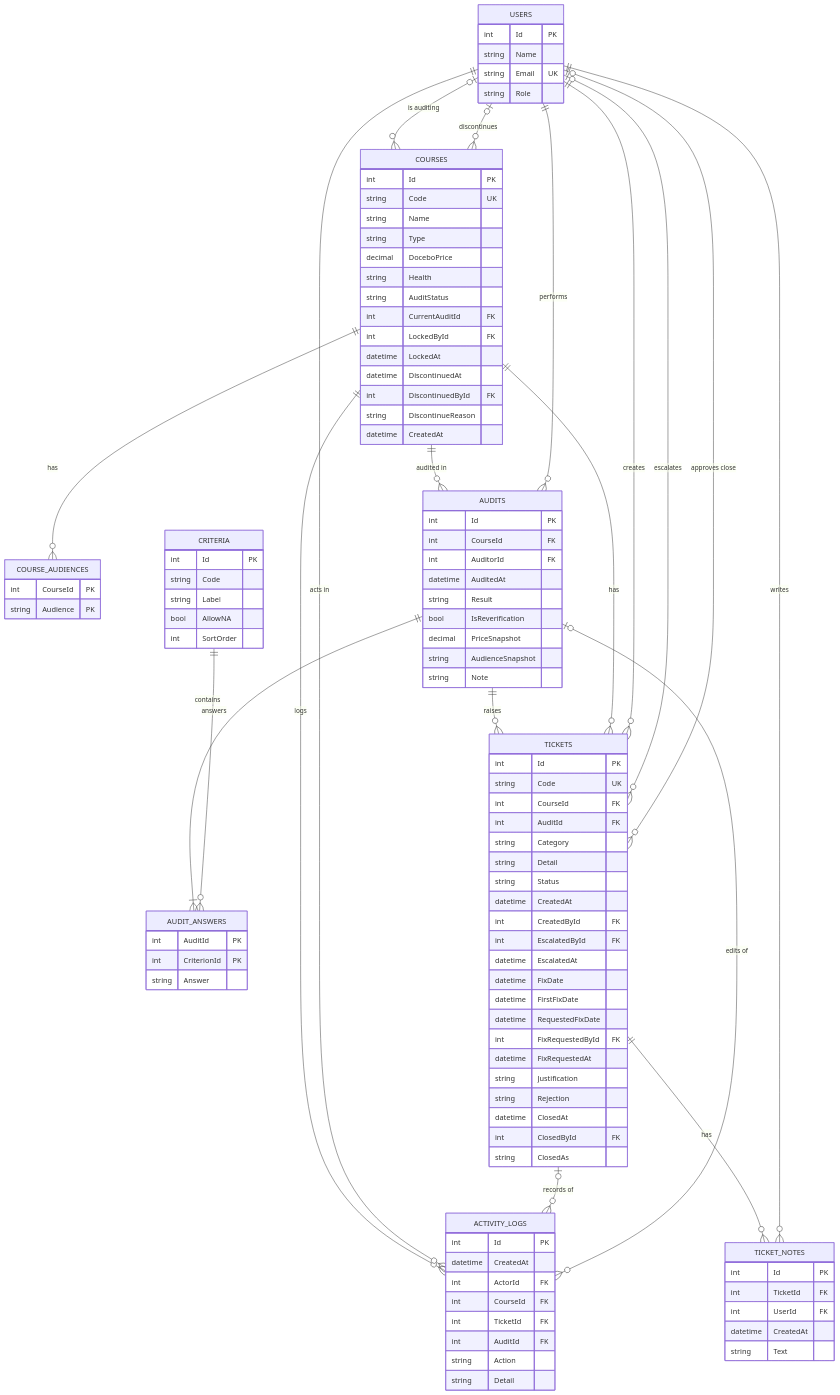
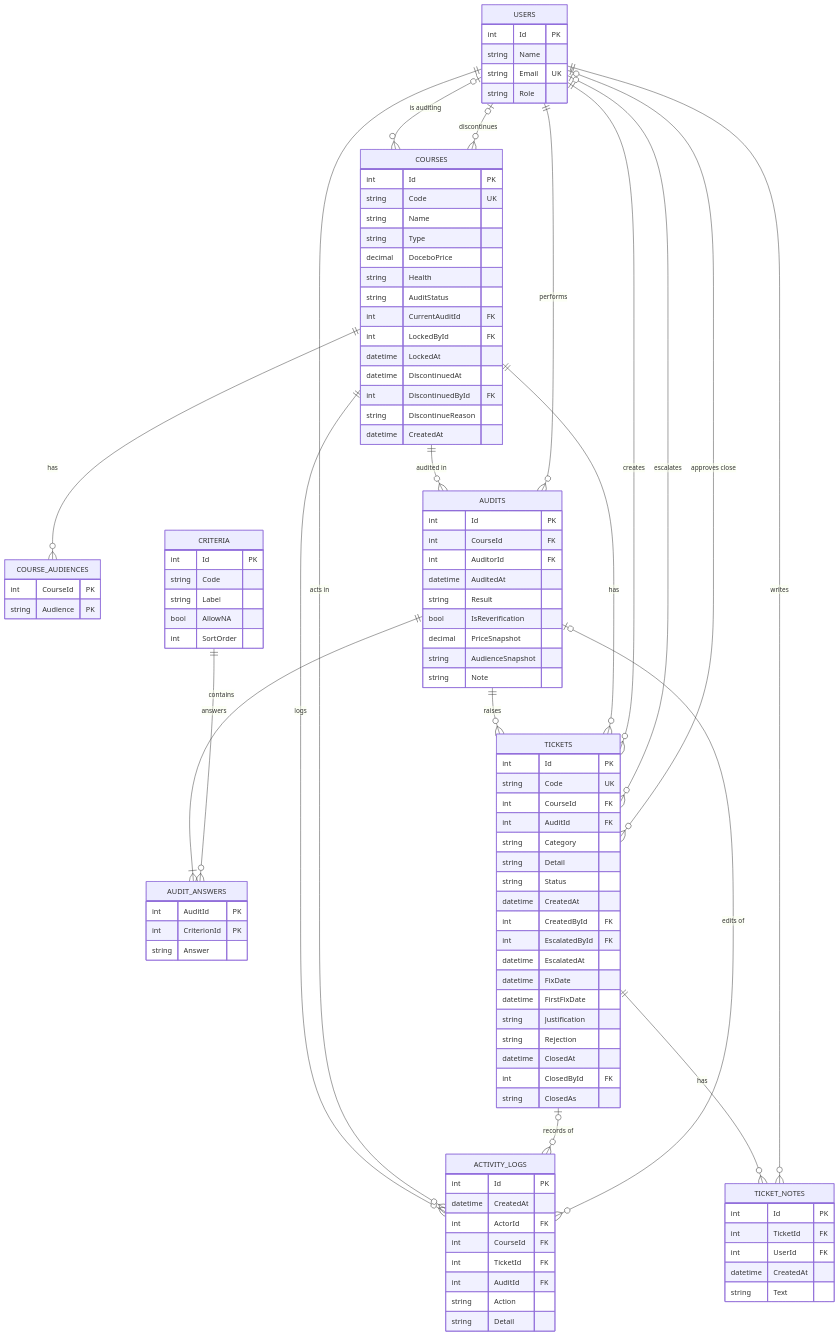
The diagram in database.md (ahpou9512/course-audit-demo), drawn with Mermaid before and after one commit. The commit also changed other lines of this file and 4 other files, not shown here.

```diff
--- a/database.md
+++ b/database.md
@@ -88,9 +88,6 @@
     datetime EscalatedAt
     datetime FixDate
     datetime FirstFixDate
-    datetime RequestedFixDate
-    int FixRequestedById FK
-    datetime FixRequestedAt
     string Justification
     string Rejection
     datetime ClosedAt
```
